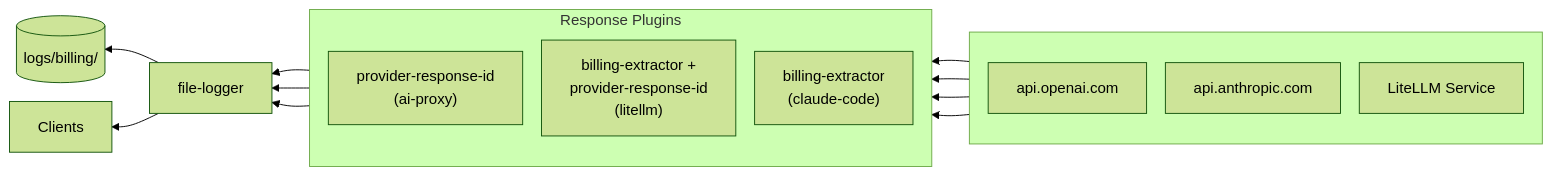
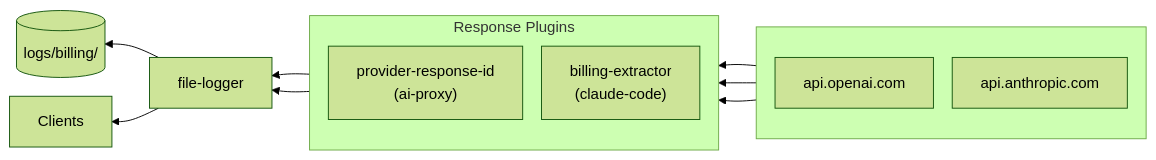
The second of 3 diagrams in docs/diagrams.md (wikefjol/prod-gateway), drawn with Mermaid (forest theme) before and after one commit. The commit also changed other lines of this file and 10 other files, not shown here.

````diff
--- a/docs/diagrams.md
+++ b/docs/diagrams.md
@@ -50,32 +48,29 @@
 ```mermaid
 ---
 config:
   flowchart:
     nodeSpacing: 20
     rankSpacing: 40
 ---
 flowchart RL
     subgraph Upstreams[" "]
         direction TB
         OAI[api.openai.com]
         ANT[api.anthropic.com]
-        LLM[LiteLLM Service]
     end
 
     subgraph Resp["Response Plugins"]
         direction TB
         PRID["provider-response-id<br/>(ai-proxy)"]
-        BE_PRID["billing-extractor +<br/>provider-response-id<br/>(litellm)"]
         BE["billing-extractor<br/>(claude-code)"]
     end
 
     FL[file-logger]
     LOGS[("logs/billing/")]
     Clients["Clients"]
 
     OAI & ANT --> PRID
-    LLM --> BE_PRID
     ANT --> BE
-    PRID & BE_PRID & BE --> FL --> LOGS
+    PRID & BE --> FL --> LOGS
     FL --> Clients
 ```
````
